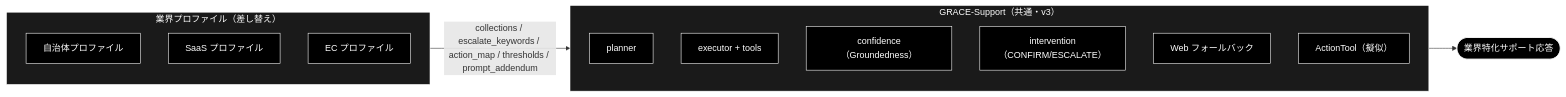
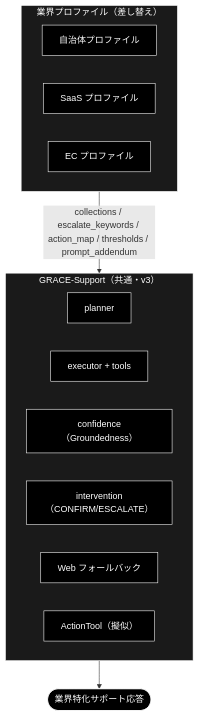
The diagram in grace/doc/agent_support_verticals.md (nakashima2toshio/anthropic_grace_agent_v2), drawn with Mermaid before and after one commit.

Commit message:
docs(support): stack §2 diagram vertically (flowchart LR -> TB)
The profile->core diagram in agent_support_verticals.md §2 was too wide
(small text, hard to read). Switch to top-to-bottom layout so the CORE and
PROFILE subgraphs stack vertically.

Claude-Session: https://claude.ai/code/session_011Yy5LdD3af4V4jQXvT6Ta3

````diff
--- a/grace/doc/agent_support_verticals.md
+++ b/grace/doc/agent_support_verticals.md
@@ -56,25 +56,25 @@
 ```mermaid
-flowchart LR
+flowchart TB
     subgraph CORE["GRACE-Support（共通・v3）"]
         PLN["planner"]
         EXE["executor + tools"]
         GND["confidence（Groundedness）"]
         INT["intervention（CONFIRM/ESCALATE）"]
         WEB["Web フォールバック"]
         ACT["ActionTool（擬似）"]
     end
 
     subgraph PROF["業界プロファイル（差し替え）"]
         C1["自治体プロファイル"]
         C2["SaaS プロファイル"]
         C3["EC プロファイル"]
     end
 
     PROF -- "collections / escalate_keywords / action_map / thresholds / prompt_addendum" --> CORE
     CORE --> OUT(["業界特化サポート応答"])
 classDef default fill:#000,stroke:#fff,color:#fff
 classDef subgraphStyle fill:#1a1a1a,stroke:#fff,color:#fff
 class PLN,EXE,GND,INT,WEB,ACT,C1,C2,C3,OUT default
 style CORE fill:#1a1a1a,stroke:#fff,color:#fff
 style PROF fill:#1a1a1a,stroke:#fff,color:#fff
 ```
````
